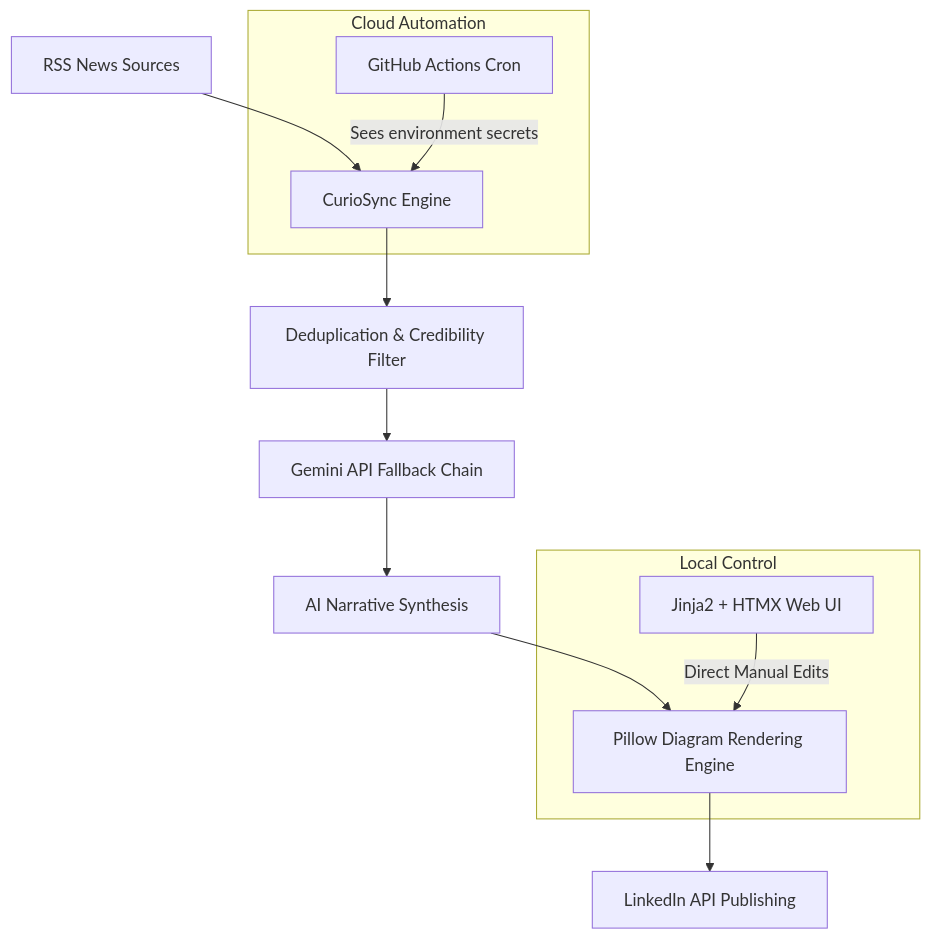
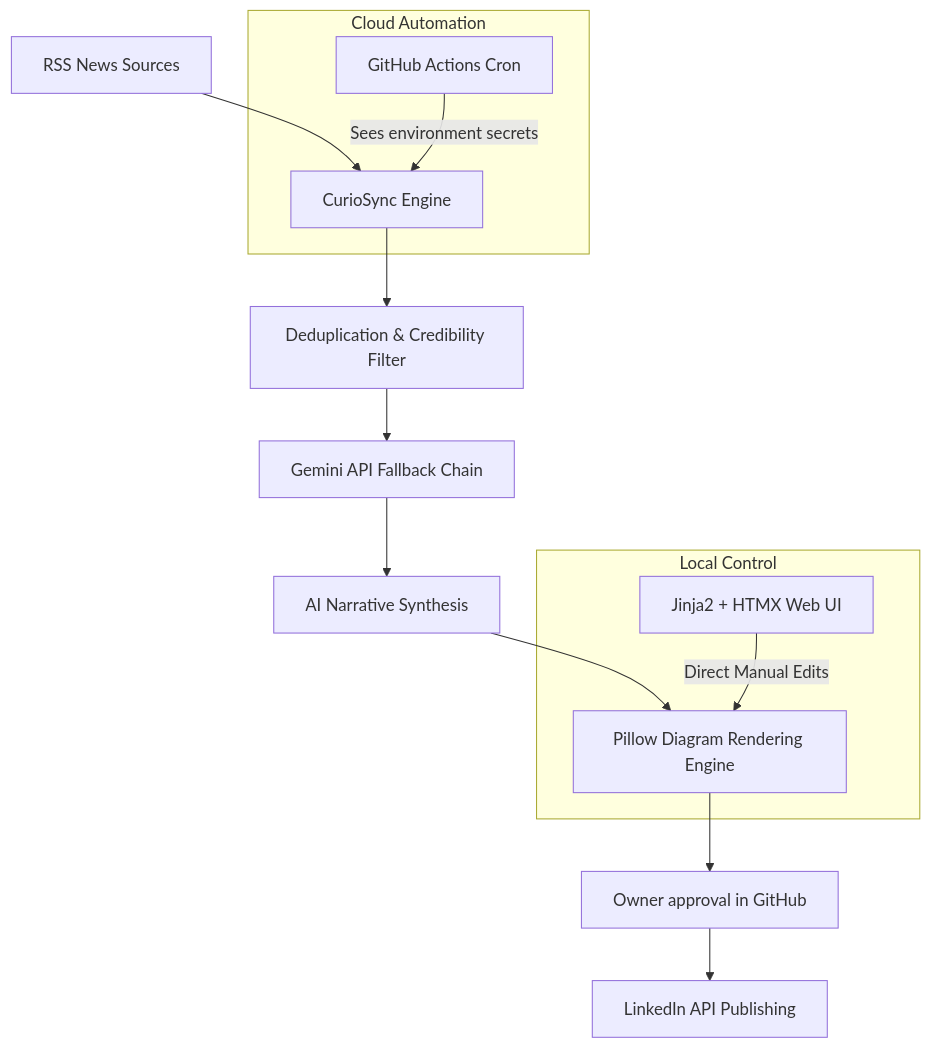
The diagram in README.md (Deshraj-Jogiya/curiosync), drawn with Mermaid before and after one commit. The commit also changed other lines of this file and 20 other files, not shown here.

````diff
--- a/README.md
+++ b/README.md
@@ -22,17 +22,18 @@
 ```mermaid
 graph TD
     A[RSS News Sources] --> B[CurioSync Engine]
     B --> D[Deduplication & Credibility Filter]
     D --> E[Gemini API Fallback Chain]
     E --> F[AI Narrative Synthesis]
     F --> G[Pillow Diagram Rendering Engine]
-    G --> H[LinkedIn API Publishing]
+    G --> K[Owner approval in GitHub]
+    K --> H[LinkedIn API Publishing]
     
     subgraph Cloud Automation
         I[GitHub Actions Cron] -->|Sees environment secrets| B
     end
     
     subgraph Local Control
         J[Jinja2 + HTMX Web UI] -->|Direct Manual Edits| G
     end
 ```
````
